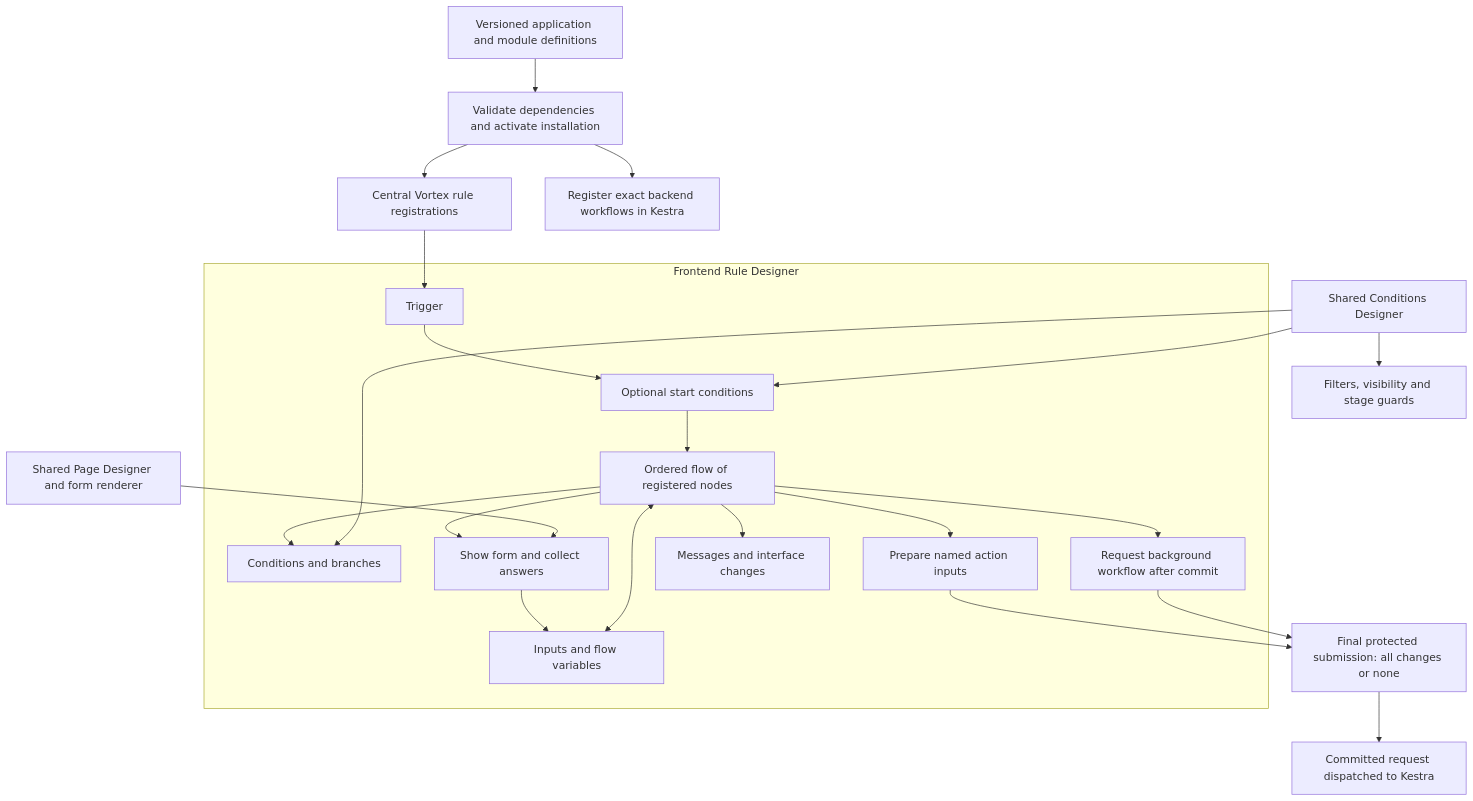
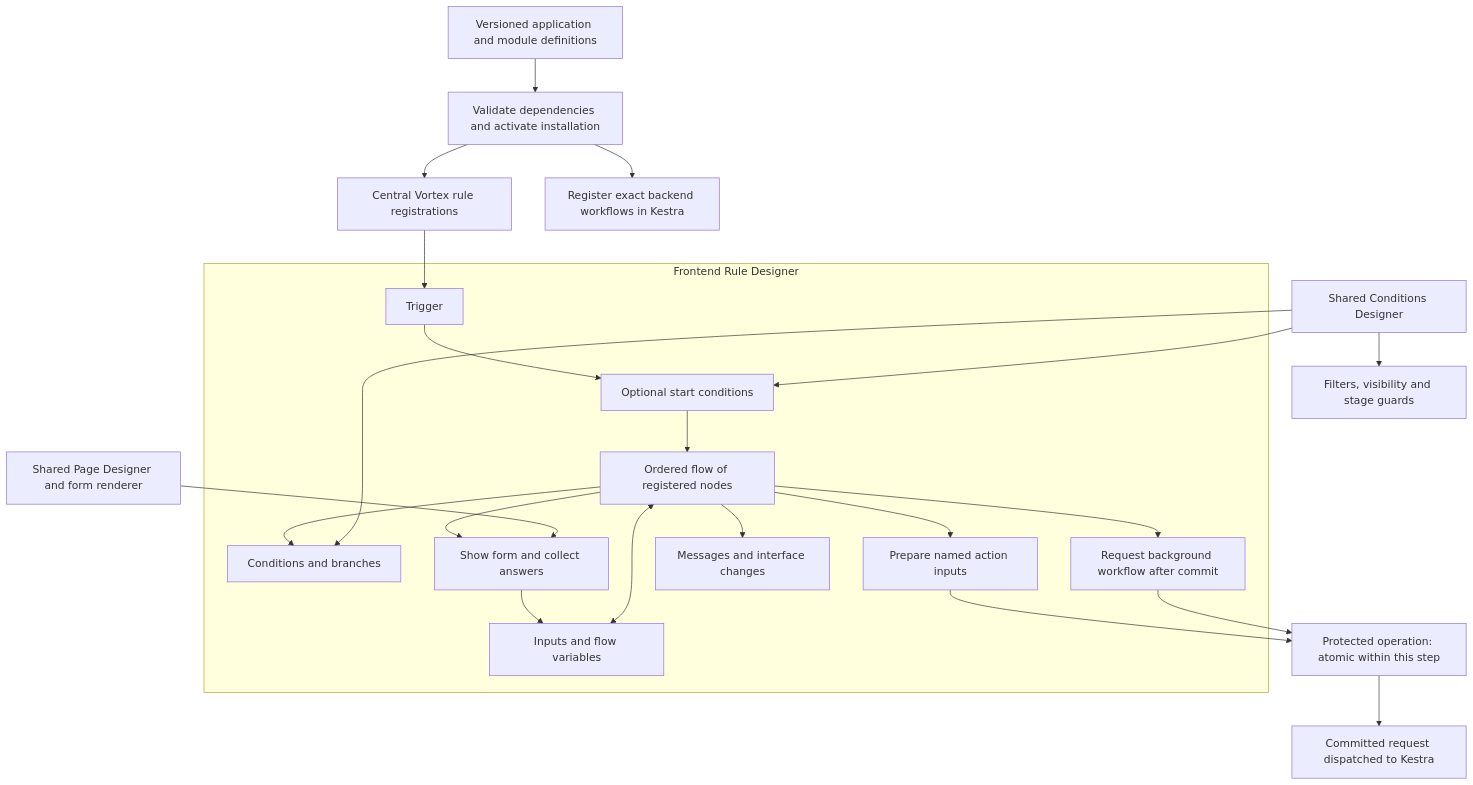
One commit to Abzum-NZ/Abzum-Vortex changed the first of 4 diagrams in docs/specification/appendices/frontend-rule-designer.md. Above: the diagram before and after it, drawn with Mermaid. The commit also changed other lines of this file and 25 other files, not shown here.

Commit message:
docs: reconcile configurable flows and review platform architecture

````diff
--- a/docs/specification/appendices/frontend-rule-designer.md
+++ b/docs/specification/appendices/frontend-rule-designer.md
@@ -13,25 +13,25 @@
 ```mermaid
 flowchart TB
     APP[Versioned application and module definitions] --> INSTALL[Validate dependencies and activate installation]
     INSTALL --> REG[Central Vortex rule registrations]
     INSTALL --> DUR[Register exact backend workflows in Kestra]
     subgraph DESIGN[Frontend Rule Designer]
         TR[Trigger] --> GATE[Optional start conditions]
         GATE --> GRAPH[Ordered flow of registered nodes]
         VAR[Inputs and flow variables] <--> GRAPH
         GRAPH --> BRANCH[Conditions and branches]
         GRAPH --> FORM[Show form and collect answers]
         GRAPH --> ACT[Prepare named action inputs]
         GRAPH --> UI[Messages and interface changes]
         GRAPH --> BG[Request background workflow after commit]
     end
     REG --> TR
     COND[Shared Conditions Designer] --> GATE
     COND --> BRANCH
     COND --> FILTER[Filters, visibility and stage guards]
     PAGE[Shared Page Designer and form renderer] --> FORM
     FORM --> VAR
-    ACT --> COMMIT[Final protected submission: all changes or none]
+    ACT --> COMMIT[Protected operation: atomic within this step]
     BG --> COMMIT
     COMMIT --> DISPATCH[Committed request dispatched to Kestra]
 ```
````
